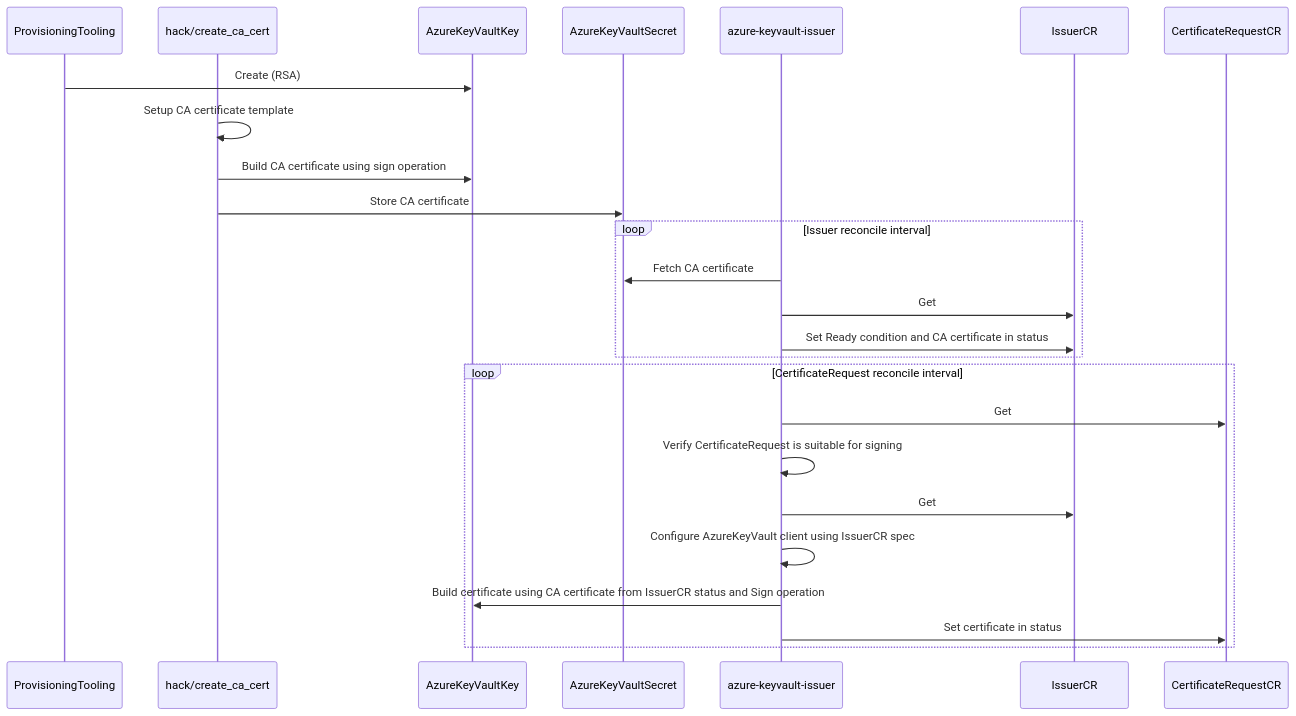
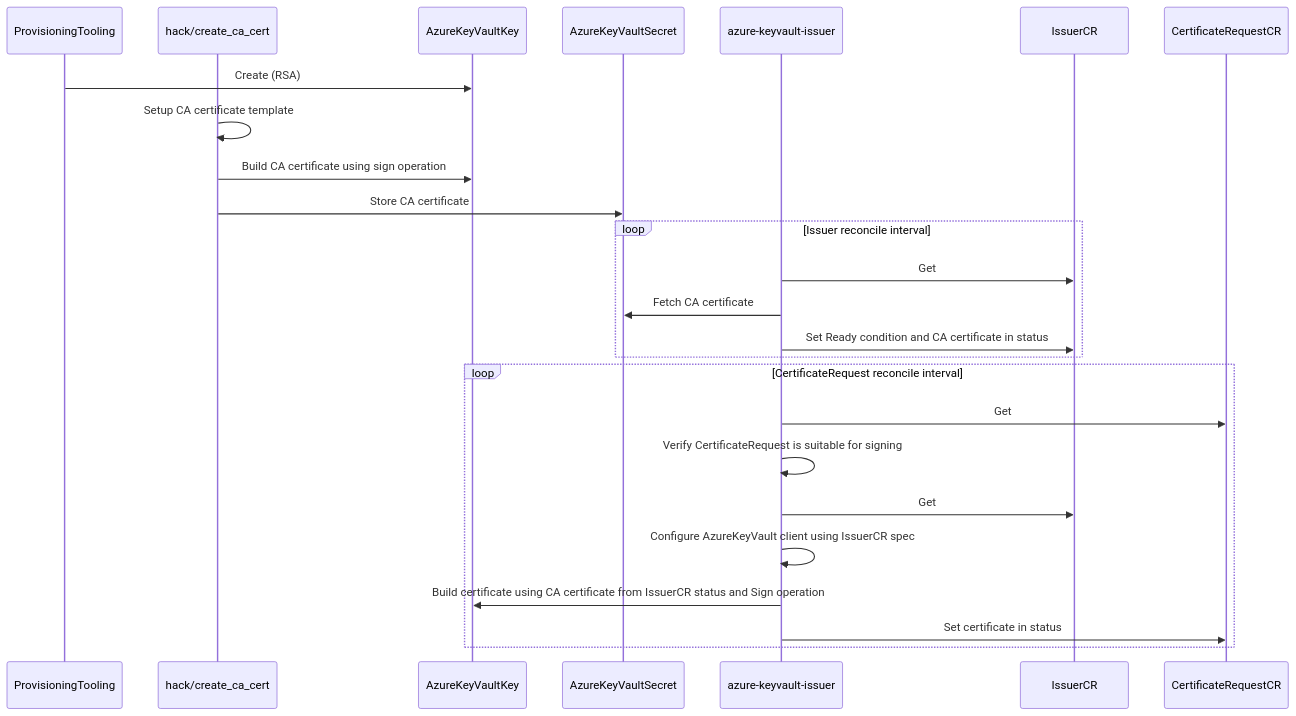
One commit to gonicus/azure-keyvault-issuer changed the diagram in README.md. Above: the diagram before and after it, drawn with Mermaid. The commit also changed other lines of this file, not shown here.

````diff
--- a/README.md
+++ b/README.md
@@ -15,29 +15,29 @@
 ```mermaid
 sequenceDiagram
 participant ProvisioningTooling
 participant hack/create_ca_cert
 participant AzureKeyVaultKey
 participant AzureKeyVaultSecret
 participant azure-keyvault-issuer
 participant IssuerCR
 participant CertificateRequestCR
 ProvisioningTooling->>AzureKeyVaultKey: Create (RSA)
 hack/create_ca_cert->>hack/create_ca_cert: Setup CA certificate template
 hack/create_ca_cert->>AzureKeyVaultKey: Build CA certificate using sign operation
 hack/create_ca_cert->>AzureKeyVaultSecret: Store CA certificate
 loop Issuer reconcile interval
+    azure-keyvault-issuer->>IssuerCR: Get
     azure-keyvault-issuer->>AzureKeyVaultSecret: Fetch CA certificate
-    azure-keyvault-issuer->>IssuerCR: Get
     azure-keyvault-issuer->>IssuerCR: Set Ready condition and CA certificate in status
 end
 loop CertificateRequest reconcile interval
     azure-keyvault-issuer->>CertificateRequestCR: Get
     azure-keyvault-issuer->>azure-keyvault-issuer: Verify CertificateRequest is suitable for signing
     azure-keyvault-issuer->>IssuerCR: Get
     azure-keyvault-issuer->>azure-keyvault-issuer: Configure AzureKeyVault client using IssuerCR spec
     azure-keyvault-issuer->>AzureKeyVaultKey: Build certificate using CA certificate from IssuerCR status and Sign operation
     azure-keyvault-issuer->>CertificateRequestCR: Set certificate in status
 end
 
 
 ```
````
